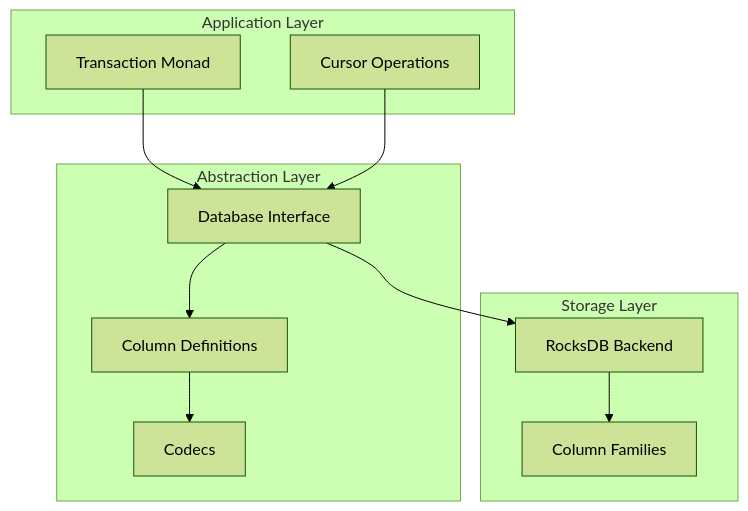
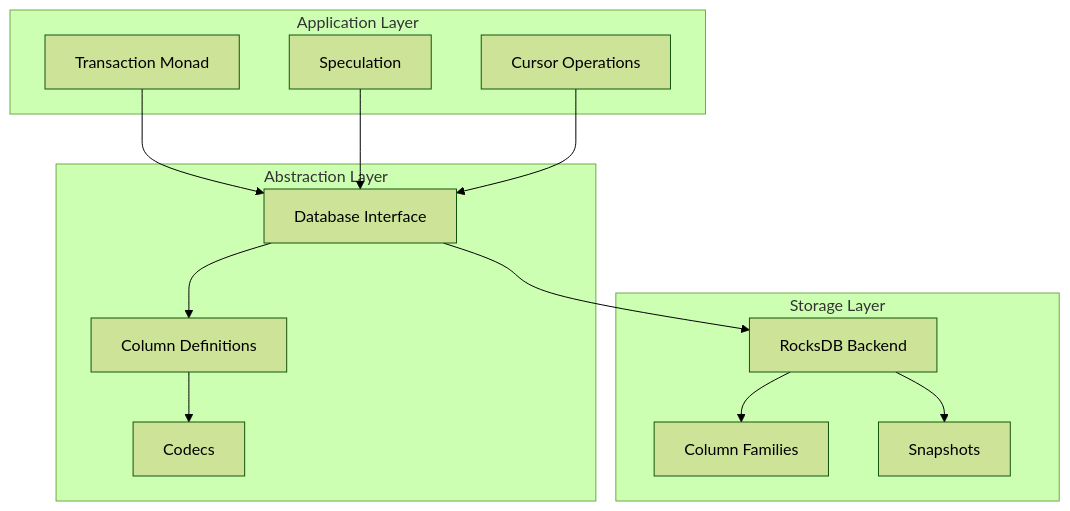
The diagram in docs/architecture/overview.md (paolino/rocksdb-kv-transactions), drawn with Mermaid (forest theme) before and after one commit. The commit also changed other lines of this file and 3 other files, not shown here.

````diff
--- a/docs/architecture/overview.md
+++ b/docs/architecture/overview.md
@@ -13,25 +14,29 @@
 ```mermaid
 graph TB
     subgraph "Application Layer"
         TX[Transaction Monad]
+        SPEC[Speculation]
         CUR[Cursor Operations]
     end
 
     subgraph "Abstraction Layer"
         DB[Database Interface]
         COL[Column Definitions]
         COD[Codecs]
     end
 
     subgraph "Storage Layer"
         ROCKS[RocksDB Backend]
         CF[Column Families]
+        SNAP[Snapshots]
     end
 
     TX --> DB
+    SPEC --> DB
     CUR --> DB
     DB --> COL
     COL --> COD
     DB --> ROCKS
     ROCKS --> CF
+    ROCKS --> SNAP
 ```
````
